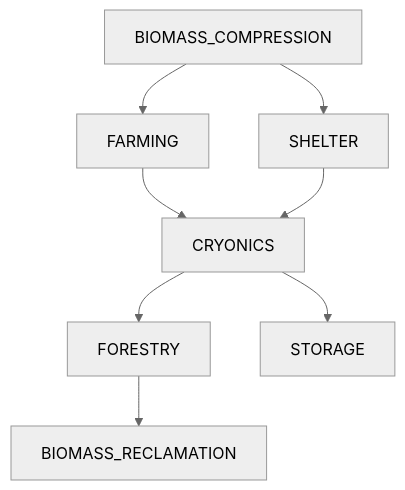
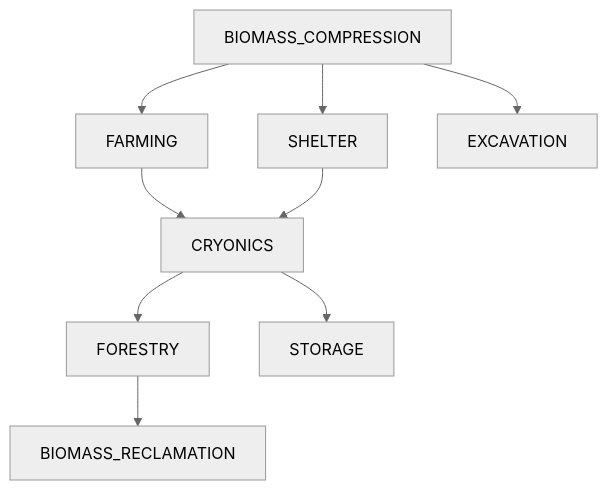
The diagram in docs/TECH_TREE.md (krnsk0/idler), drawn with Mermaid (neutral theme) before and after one commit. The commit also changed 7 other files, not shown here.

````diff
--- a/docs/TECH_TREE.md
+++ b/docs/TECH_TREE.md
@@ -3,12 +3,23 @@
 ```mermaid
 
-graph TD;
-  A[BIOMASS_COMPRESSION] --> B[FARMING]
-  A[BIOMASS_COMPRESSION] --> C[SHELTER]
-  B[FARMING] --> D[CRYONICS]
-  C[SHELTER] --> D[CRYONICS]
-  D[CRYONICS] --> E[FORESTRY]
-  D[CRYONICS] --> F[STORAGE]
-  E[FORESTRY] --> G[BIOMASS_RECLAMATION]
+flowchart TD;
+  A[BIOMASS_COMPRESSION]
+  B[FARMING]
+  C[SHELTER]
+  D[CRYONICS]
+  E[FORESTRY]
+  F[STORAGE]
+  G[BIOMASS_RECLAMATION]
+  H[EXCAVATION]
+
+  A --> B
+  A --> C
+  A --> H
+  B --> D
+  C --> D
+  D --> E
+  D --> F
+  E --> G
+
 
 ```
````
